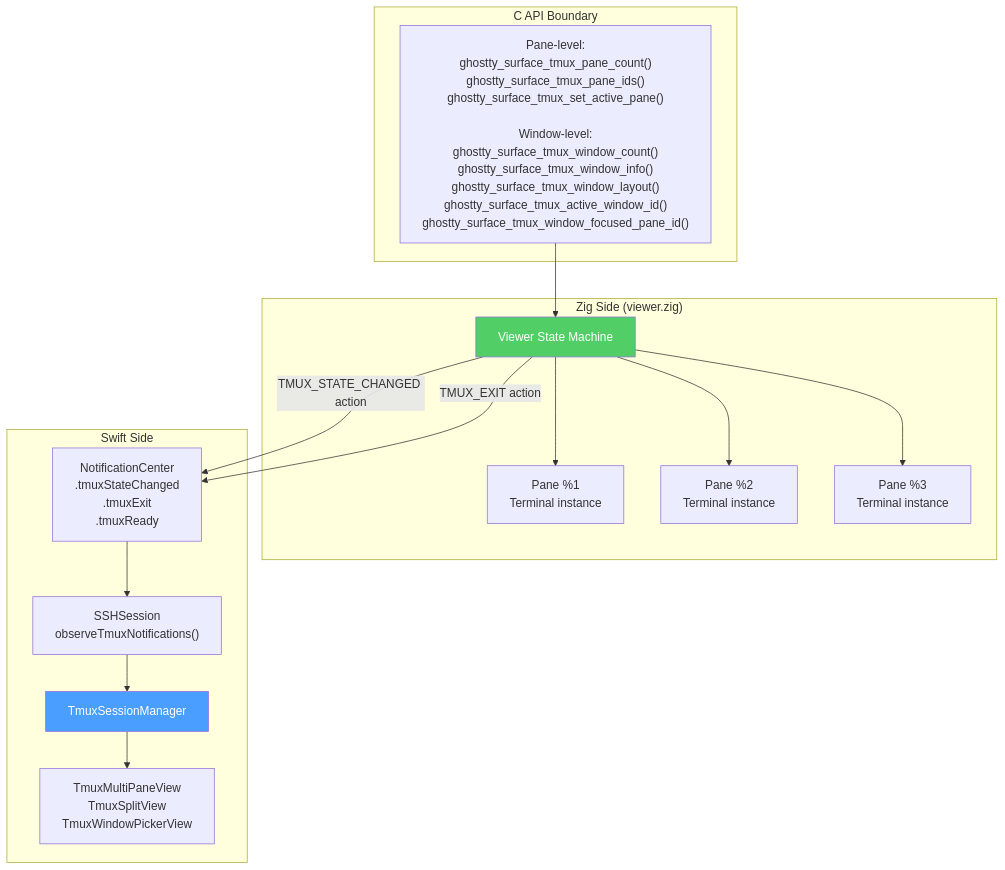
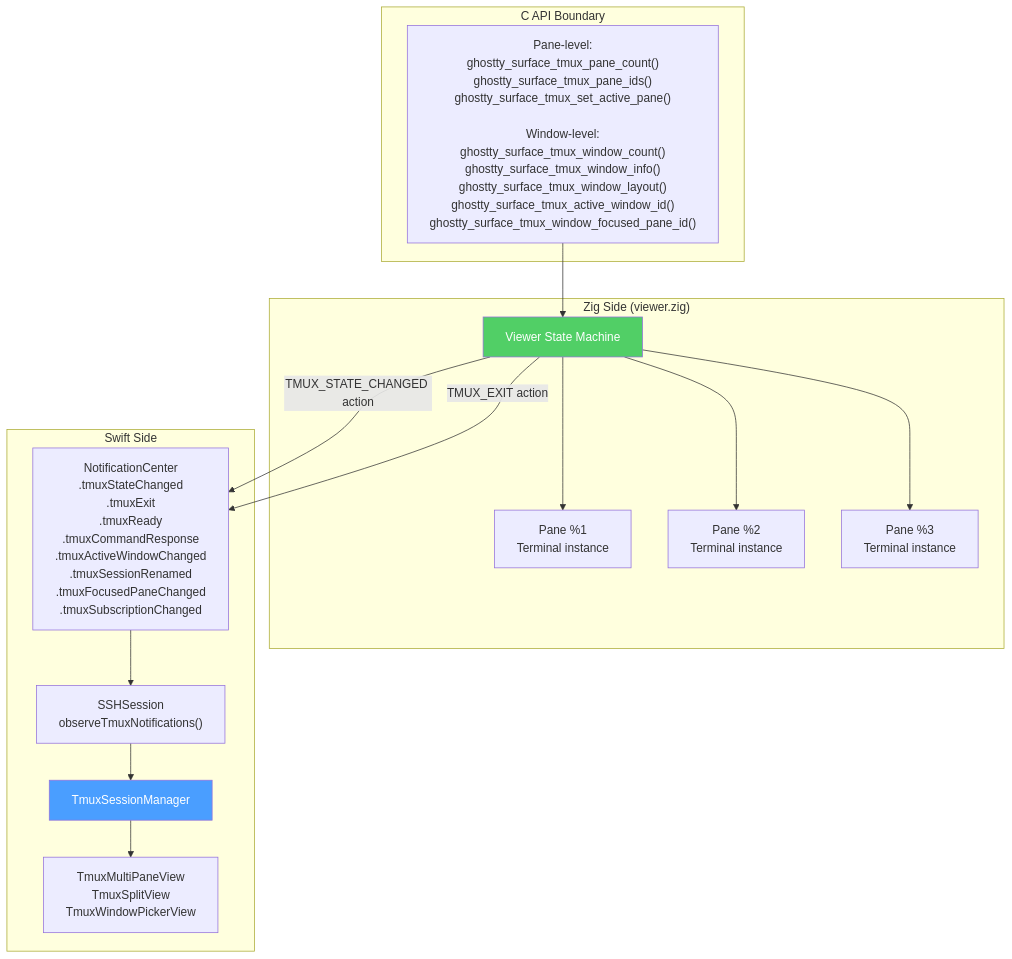
Before and after one commit to daiimus/geistty: the ninth of 9 diagrams in ARCHITECTURE.md, drawn with Mermaid. The commit also changed other lines of this file and 2 other files, not shown here.

First line of the commit message:
docs: update ARCHITECTURE.md, GHOSTTY_API.md, TODO.md after 1.3.0 rebase

````diff
--- a/ARCHITECTURE.md
+++ b/ARCHITECTURE.md
@@ -498,33 +498,33 @@
 ```mermaid
 graph TB
     subgraph "Zig Side (viewer.zig)"
         V[Viewer State Machine]
         P1["Pane %1<br/>Terminal instance"]
         P2["Pane %2<br/>Terminal instance"]
         P3["Pane %3<br/>Terminal instance"]
         V --> P1
         V --> P2
         V --> P3
     end
 
     subgraph "C API Boundary"
         API["Pane-level:<br/>ghostty_surface_tmux_pane_count()<br/>ghostty_surface_tmux_pane_ids()<br/>ghostty_surface_tmux_set_active_pane()<br/><br/>Window-level:<br/>ghostty_surface_tmux_window_count()<br/>ghostty_surface_tmux_window_info()<br/>ghostty_surface_tmux_window_layout()<br/>ghostty_surface_tmux_active_window_id()<br/>ghostty_surface_tmux_window_focused_pane_id()"]
     end
 
     subgraph "Swift Side"
-        NC["NotificationCenter<br/>.tmuxStateChanged<br/>.tmuxExit<br/>.tmuxReady"]
+        NC["NotificationCenter<br/>.tmuxStateChanged<br/>.tmuxExit<br/>.tmuxReady<br/>.tmuxCommandResponse<br/>.tmuxActiveWindowChanged<br/>.tmuxSessionRenamed<br/>.tmuxFocusedPaneChanged<br/>.tmuxSubscriptionChanged"]
         SSH["SSHSession<br/>observeTmuxNotifications()"]
         TSM["TmuxSessionManager"]
         UI["TmuxMultiPaneView<br/>TmuxSplitView<br/>TmuxWindowPickerView"]
     end
 
     V -->|"TMUX_STATE_CHANGED action"| NC
     V -->|"TMUX_EXIT action"| NC
     NC --> SSH
     SSH --> TSM
     TSM --> UI
     API --> V
 
     style V fill:#51cf66,color:#fff
     style TSM fill:#4a9eff,color:#fff
 ```
````
